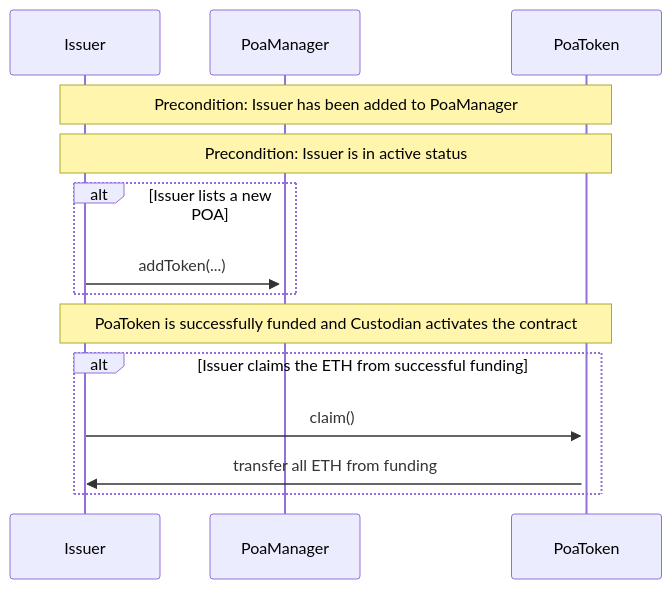
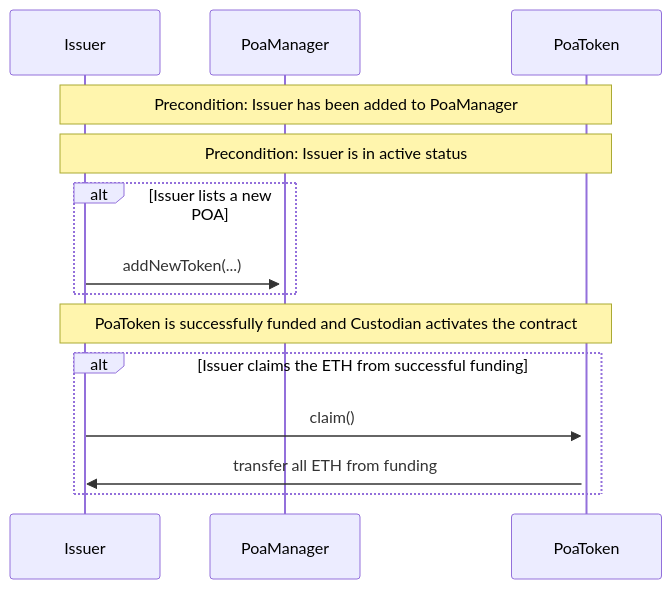
Before and after one commit to brickblock-io/smart-contracts: the diagram in docs/sequence-diagrams/POA-Broker-interaction.mmd, drawn with Mermaid. The commit also changed 13 other files, not shown here.

```diff
--- a/docs/sequence-diagrams/POA-Broker-interaction.mmd
+++ b/docs/sequence-diagrams/POA-Broker-interaction.mmd
@@ -1,18 +1,18 @@
 sequenceDiagram
   participant Issuer
   participant PMR as PoaManager
   participant POA as PoaToken
 
   Note over Issuer,POA: Precondition: Issuer has been added to PoaManager
   Note over Issuer,POA: Precondition: Issuer is in active status
 
   alt Issuer lists a new POA
-    Issuer->>+PMR: addToken(...)
+    Issuer->>+PMR: addNewToken(...)
   end
 
   Note over Issuer,POA: PoaToken is successfully funded and Custodian activates the contract
 
   alt Issuer claims the ETH from successful funding
     Issuer->>+POA: claim()
     POA->>Issuer: transfer all ETH from funding
   end
```
